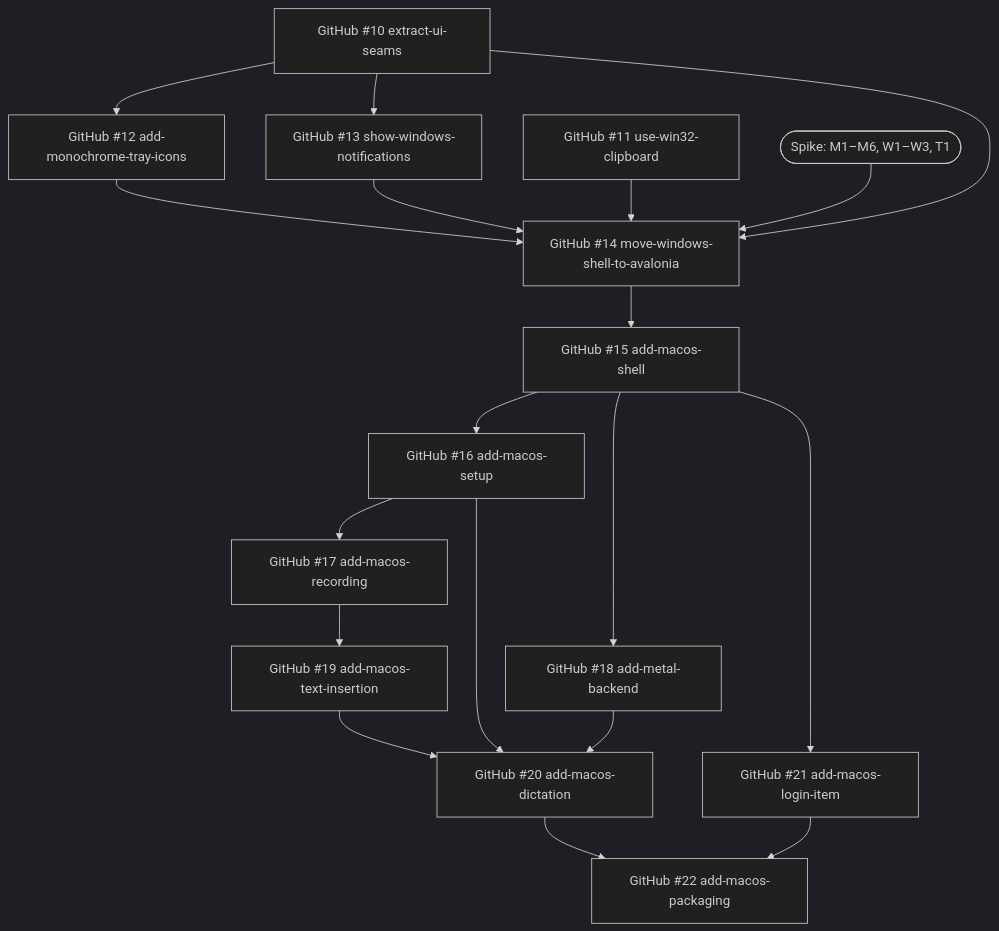
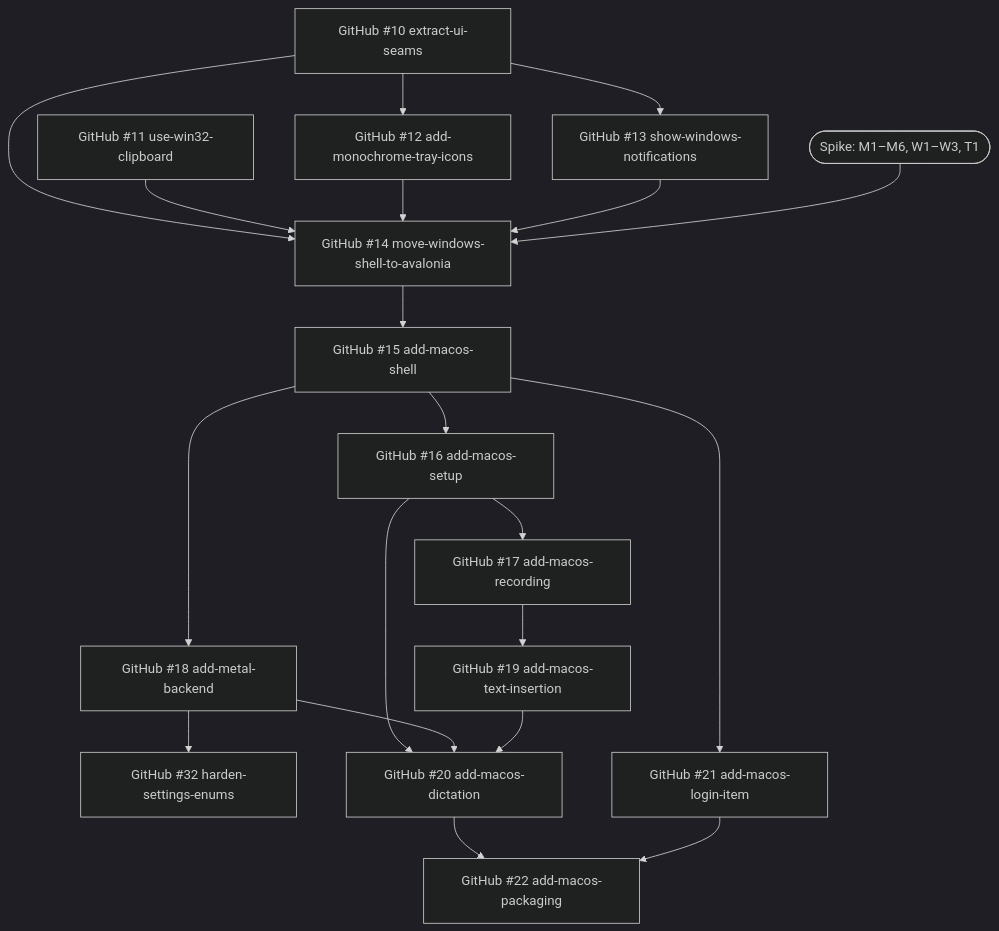
One commit to mschnecke/pisum-transcribe changed the second of 2 diagrams in docs/roadmap.md. Above: the diagram before and after it, drawn with Mermaid (dark theme). The commit also changed other lines of this file and 30 other files, not shown here.

````diff
--- a/docs/roadmap.md
+++ b/docs/roadmap.md
@@ -77,21 +77,22 @@
 ```mermaid
 graph TD
     G10["GitHub #10 extract-ui-seams"] --> G12["GitHub #12 add-monochrome-tray-icons"]
     G10 --> G13["GitHub #13 show-windows-notifications"]
     G10 --> G14["GitHub #14 move-windows-shell-to-avalonia"]
     G11["GitHub #11 use-win32-clipboard"] --> G14
     G12 --> G14
     G13 --> G14
     SP(["Spike: M1–M6, W1–W3, T1"]) --> G14
     G14 --> G15["GitHub #15 add-macos-shell"]
     G15 --> G16["GitHub #16 add-macos-setup"]
     G16 --> G17["GitHub #17 add-macos-recording"]
     G15 --> G18["GitHub #18 add-metal-backend"]
+    G18 --> G32["GitHub #32 harden-settings-enums"]
     G15 --> G21["GitHub #21 add-macos-login-item"]
     G17 --> G19["GitHub #19 add-macos-text-insertion"]
     G16 --> G20["GitHub #20 add-macos-dictation"]
     G18 --> G20
     G19 --> G20
     G20 --> G22["GitHub #22 add-macos-packaging"]
     G21 --> G22
 ```
````
